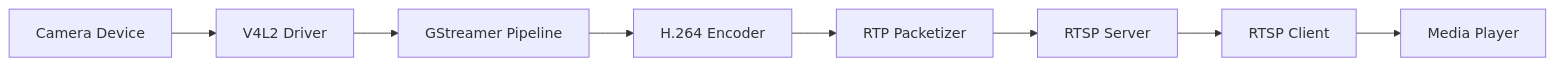
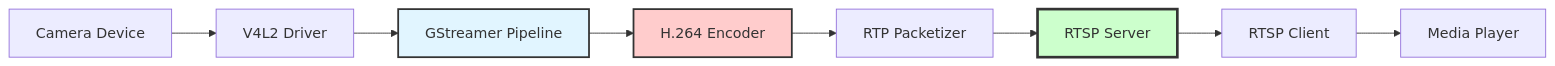
The diagram in docs/api/rtsp-streaming.md (JayeshKakkad-Rotoclear/Rotoclear-C-Pro-Docs), drawn with Mermaid before and after one commit. The commit also changed 14 other files, not shown here.

Commit message:
Improve Mermaid diagram formatting for better presentation - Added better spacing, styling, and layout - Enhanced readability with color coding and proper node alignment - Improved subgraph organization - Better decision tree layouts

````diff
--- a/docs/api/rtsp-streaming.md
+++ b/docs/api/rtsp-streaming.md
@@ -9,10 +9,14 @@
 ```mermaid
 graph LR
     A[Camera Device] --> B[V4L2 Driver]
     B --> C[GStreamer Pipeline]
     C --> D[H.264 Encoder]
     D --> E[RTP Packetizer]
     E --> F[RTSP Server]
     F --> G[RTSP Client]
     G --> H[Media Player]
+    
+    style C fill:#e1f5ff,stroke:#333,stroke-width:2px
+    style D fill:#ffcccc,stroke:#333,stroke-width:2px
+    style F fill:#ccffcc,stroke:#333,stroke-width:3px
 ```
````
